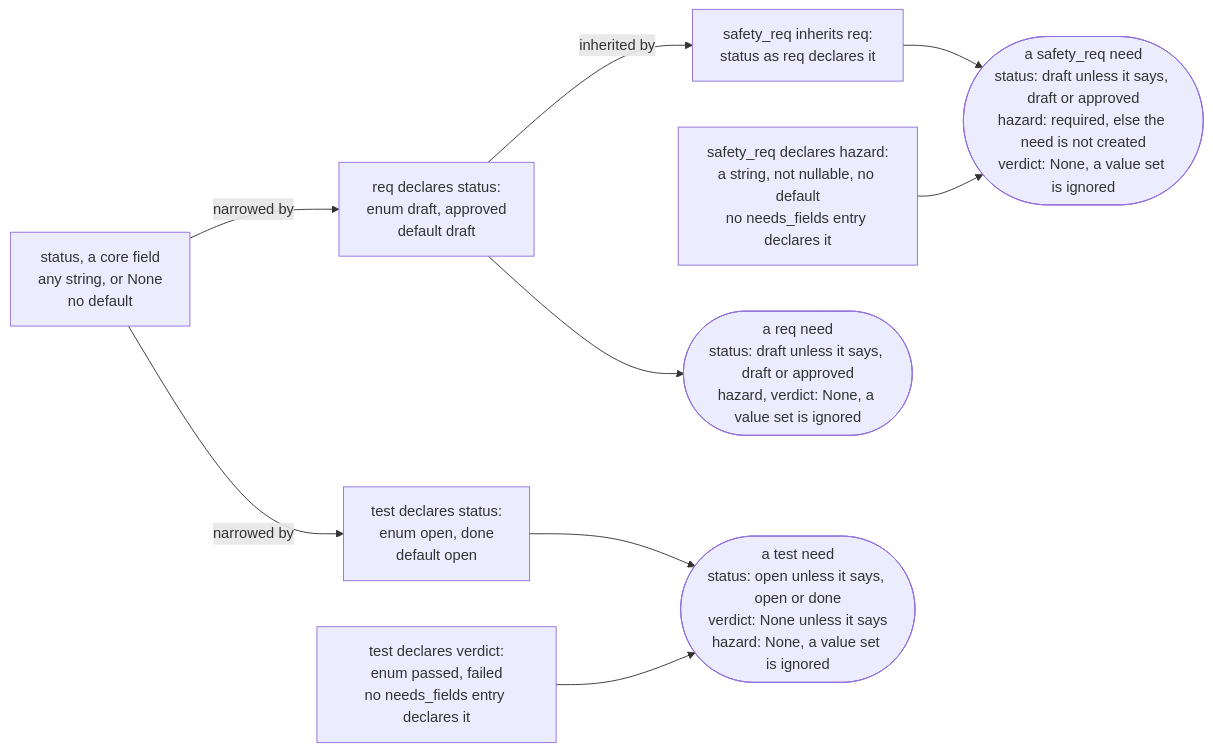
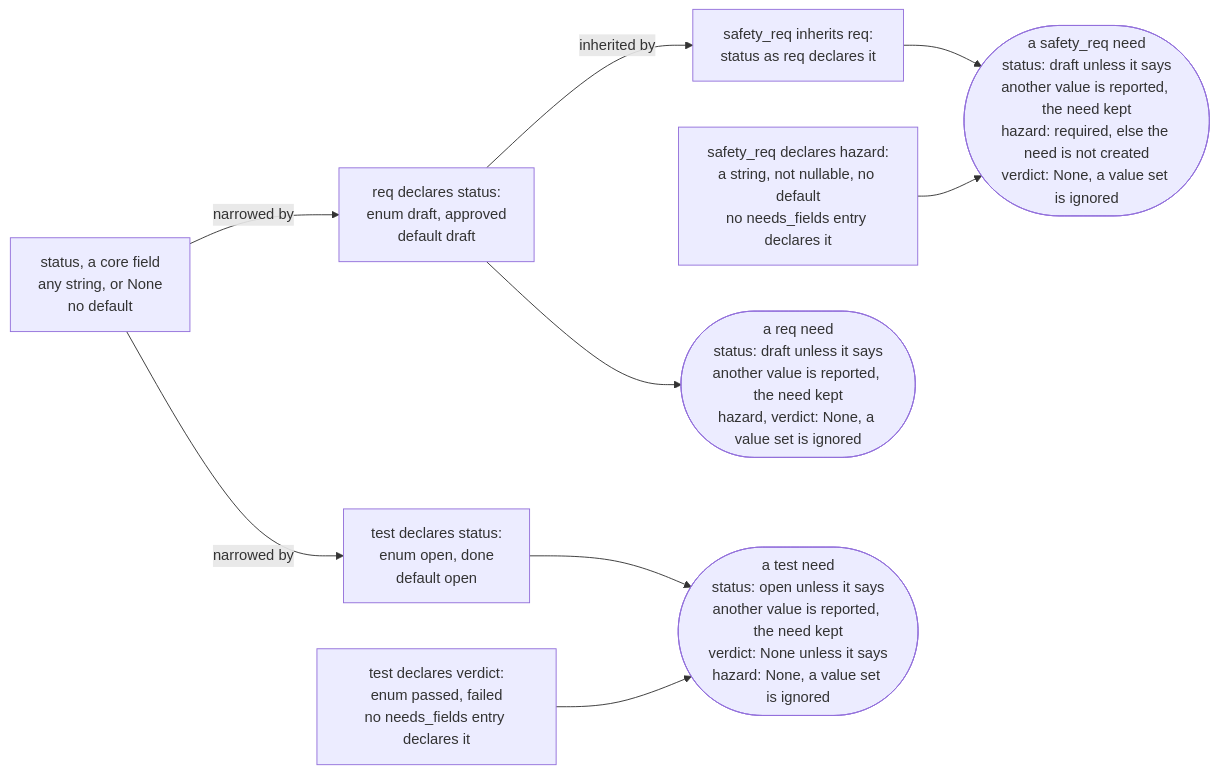
The first of 2 diagrams in packages/sphinx-needs/docs/need_types.rst (useblocks/sphinx-needs), drawn with Mermaid before and after one commit. The commit also changed other lines of this file and 3 other files, not shown here.

First line of the commit message:
📚 Need types review fixes: `<name>_back`, the shape rule in full, status reported, the tutorial's car

```diff
--- a/packages/sphinx-needs/docs/need_types.rst
+++ b/packages/sphinx-needs/docs/need_types.rst
@@ -49,20 +49,20 @@
 .. mermaid::
    :alt: status narrowed by req and inherited by safety_req, narrowed differently by test; hazard declared by safety_req alone and verdict by test alone; what a need of each type holds
 
    flowchart LR
      status["status, a core field<br/>any string, or None<br/>no default"]
      req["req declares status:<br/>enum draft, approved<br/>default draft"]
      safety["safety_req inherits req:<br/>status as req declares it"]
      hazard["safety_req declares hazard:<br/>a string, not nullable, no default<br/>no needs_fields entry declares it"]
      test_type["test declares status:<br/>enum open, done<br/>default open"]
      verdict["test declares verdict:<br/>enum passed, failed<br/>no needs_fields entry declares it"]
-     req_need(["a req need<br/>status: draft unless it says, draft or approved<br/>hazard, verdict: None, a value set is ignored"])
-     safety_need(["a safety_req need<br/>status: draft unless it says, draft or approved<br/>hazard: required, else the need is not created<br/>verdict: None, a value set is ignored"])
-     test_need(["a test need<br/>status: open unless it says, open or done<br/>verdict: None unless it says<br/>hazard: None, a value set is ignored"])
+     req_need(["a req need<br/>status: draft unless it says<br/>another value is reported, the need kept<br/>hazard, verdict: None, a value set is ignored"])
+     safety_need(["a safety_req need<br/>status: draft unless it says<br/>another value is reported, the need kept<br/>hazard: required, else the need is not created<br/>verdict: None, a value set is ignored"])
+     test_need(["a test need<br/>status: open unless it says<br/>another value is reported, the need kept<br/>verdict: None unless it says<br/>hazard: None, a value set is ignored"])
      status -->|narrowed by| req -->|inherited by| safety
      status -->|narrowed by| test_type
      req --> req_need
      safety --> safety_need
      hazard --> safety_need
      test_type --> test_need
      verdict --> test_need
```
